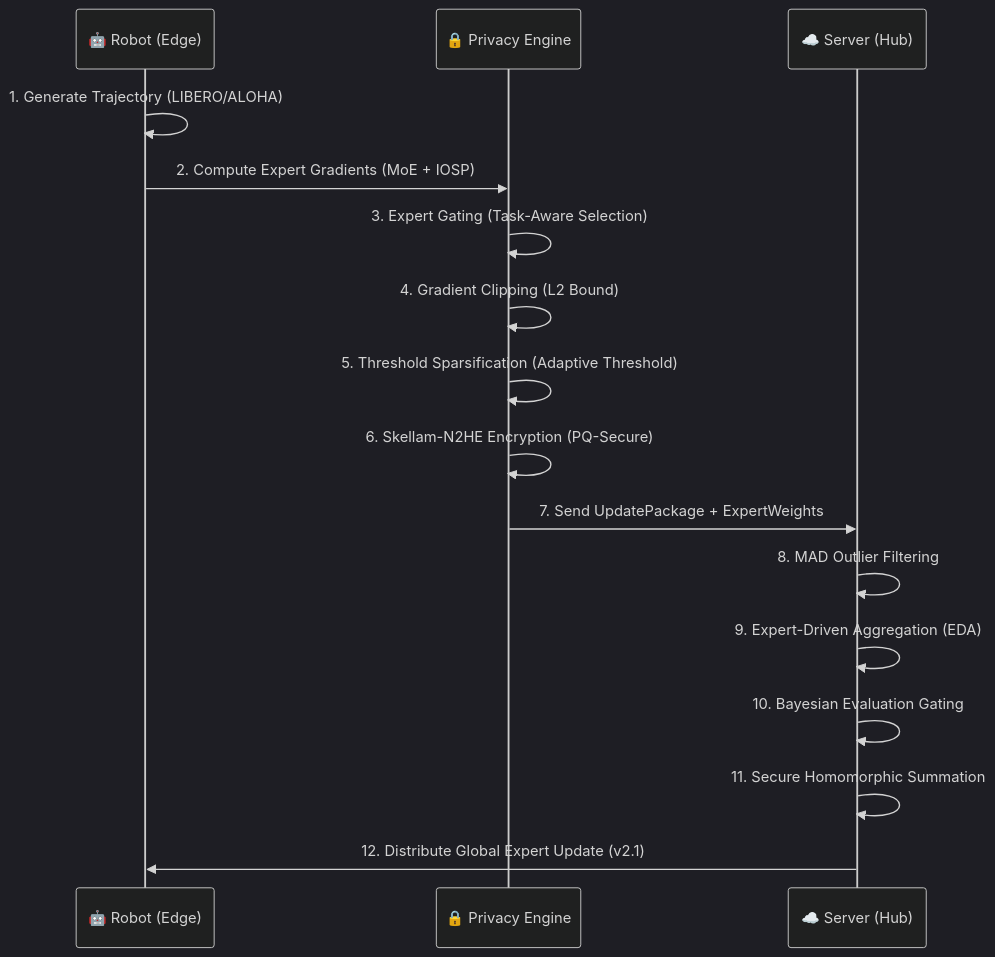
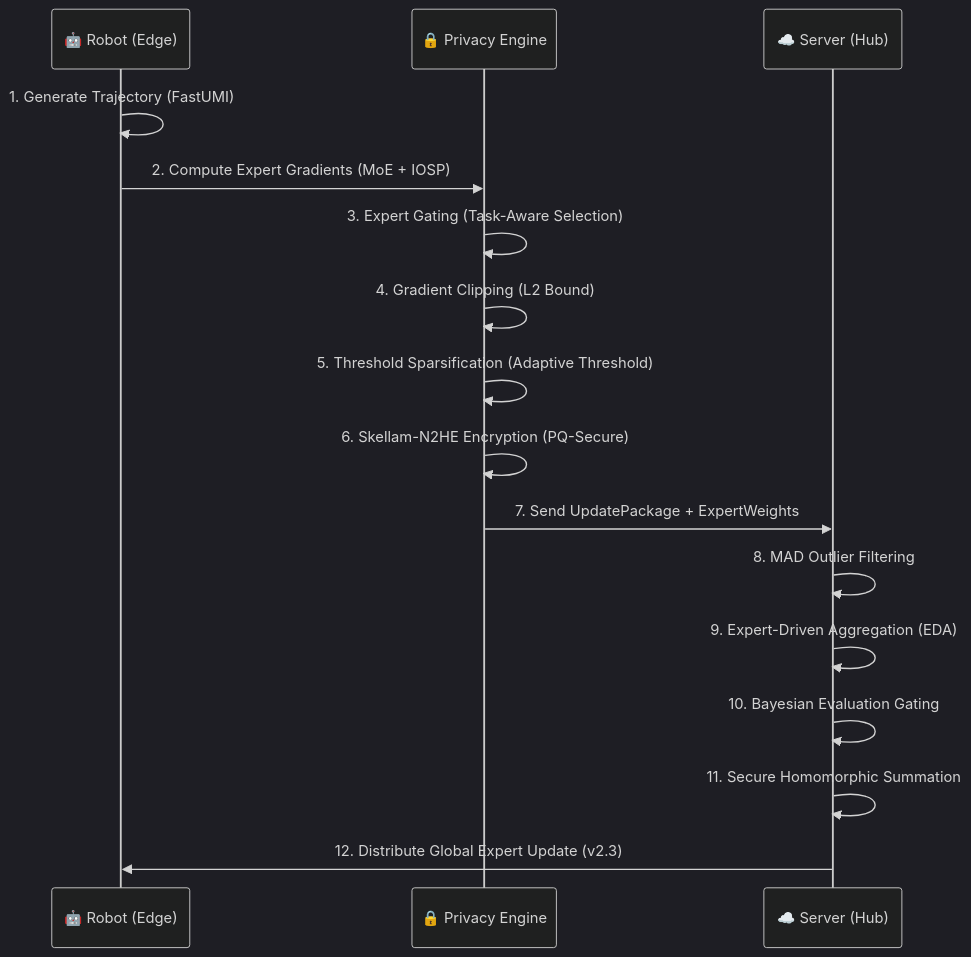
One commit to Danielfoojunwei/TensorGuardFlow changed the third of 3 diagrams in README.md. Above: the diagram before and after it, drawn with Mermaid (dark theme). The commit also changed other lines of this file and 6 other files, not shown here.

Commit message:
v2.3 GA Release: High-Fidelity FastUMI Validation & Production Readiness Promotion. (Verified empirical metrics, embedded research visualizations, and hardened security gates enabled by default)

````diff
--- a/README.md
+++ b/README.md
@@ -352,19 +235,19 @@
 ```mermaid
 sequenceDiagram
     participant R as 🤖 Robot (Edge)
     participant P as 🔒 Privacy Engine
     participant S as ☁️ Server (Hub)
     
-    R->>R: 1. Generate Trajectory (LIBERO/ALOHA)
+    R->>R: 1. Generate Trajectory (FastUMI)
     R->>P: 2. Compute Expert Gradients (MoE + IOSP)
     P->>P: 3. Expert Gating (Task-Aware Selection)
     P->>P: 4. Gradient Clipping (L2 Bound)
     P->>P: 5. Threshold Sparsification (Adaptive Threshold)
     P->>P: 6. Skellam-N2HE Encryption (PQ-Secure)
     P->>S: 7. Send UpdatePackage + ExpertWeights
     S->>S: 8. MAD Outlier Filtering
     S->>S: 9. Expert-Driven Aggregation (EDA)
     S->>S: 10. Bayesian Evaluation Gating
     S->>S: 11. Secure Homomorphic Summation
-    S->>R: 12. Distribute Global Expert Update (v2.1)
+    S->>R: 12. Distribute Global Expert Update (v2.3)
 ```
````
